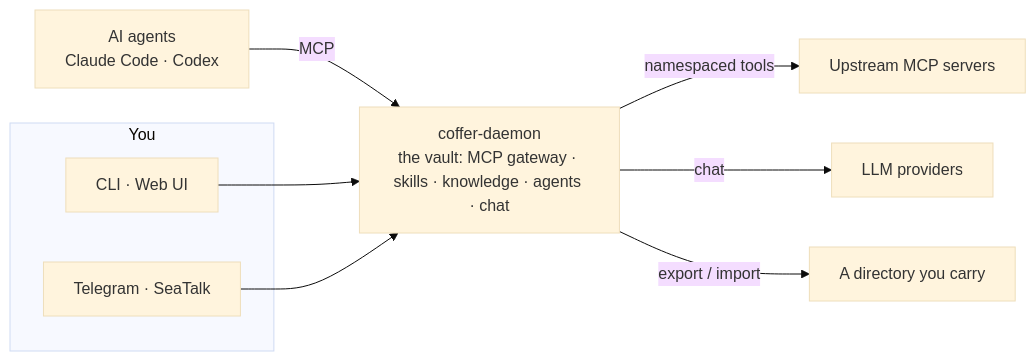
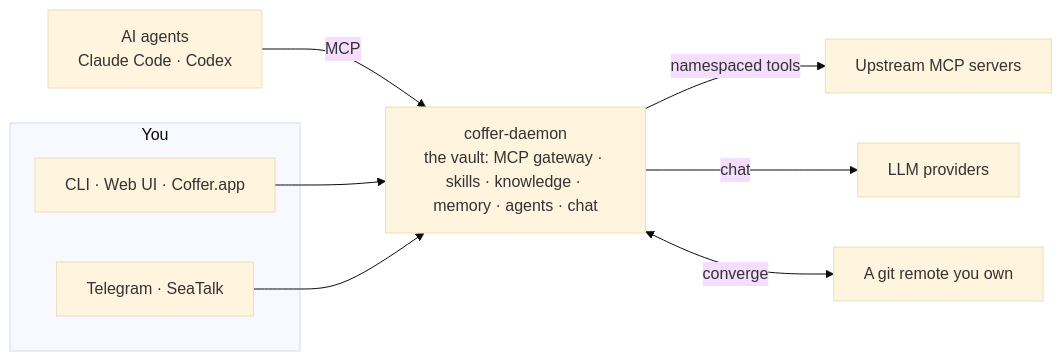
Before and after one commit to wyx-sg/Coffer: the diagram in docs-site/index.md, drawn with Mermaid (base theme). The commit also changed other lines of this file and 625 other files, not shown here.

````diff
--- a/docs-site/index.md
+++ b/docs-site/index.md
@@ -31,14 +31,14 @@
 ```mermaid
 flowchart LR
   subgraph You["You"]
-    UI["CLI · Web UI"]
+    UI["CLI · Web UI · Coffer.app"]
     IM["Telegram · SeaTalk"]
   end
   A["AI agents<br/>Claude Code · Codex"] -->|MCP| D
   UI --> D
   IM --> D
-  D["coffer-daemon<br/>the vault: MCP gateway · skills · knowledge · agents · chat"]
+  D["coffer-daemon<br/>the vault: MCP gateway · skills · knowledge · memory · agents · chat"]
   D -->|namespaced tools| U["Upstream MCP servers"]
   D -->|chat| L["LLM providers"]
-  D -->|export / import| G["A directory you carry"]
+  D <-->|converge| G["A git remote you own"]
 ```
````
